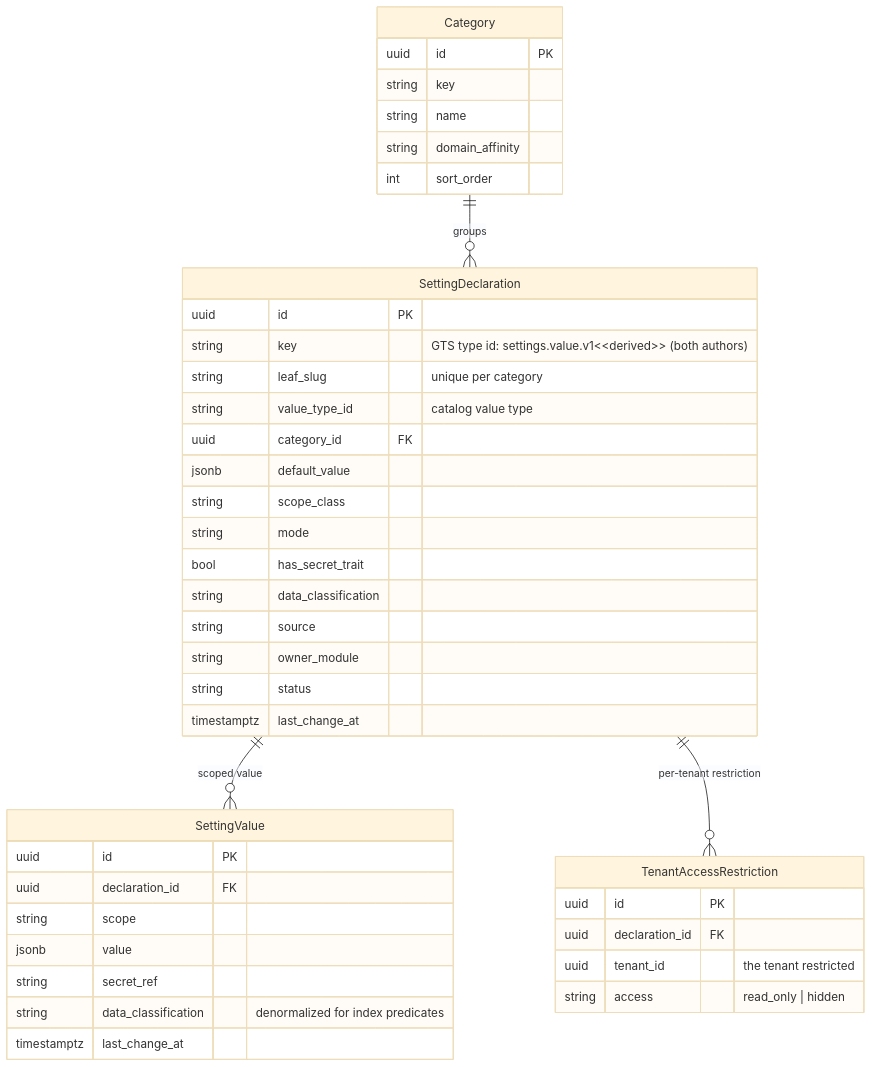
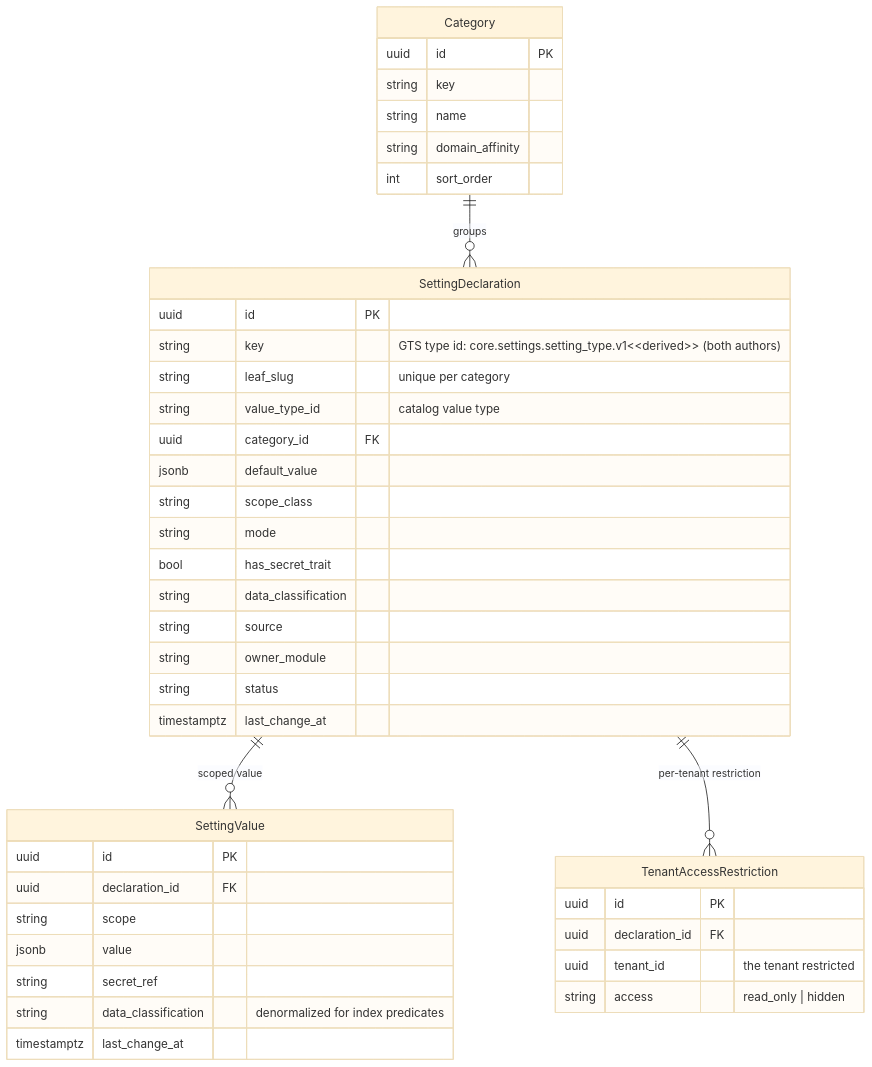
Before and after one commit to constructorfabric/gears-rust: the third of 7 diagrams in gears/settings-service/docs/DESIGN.md, drawn with Mermaid (base theme). The commit also changed other lines of this file and 1 other file, not shown here.

Commit message:
docs(settings-service): assign GTS types to gear namespace

````diff
--- a/gears/settings-service/docs/DESIGN.md
+++ b/gears/settings-service/docs/DESIGN.md
@@ -644,45 +643,45 @@
 ```mermaid
 erDiagram
  Category ||--o{ SettingDeclaration : "groups"
  SettingDeclaration ||--o{ SettingValue : "scoped value"
  SettingDeclaration ||--o{ TenantAccessRestriction : "per-tenant restriction"
 
  Category {
  uuid id PK
  string key
  string name
  string domain_affinity
  int sort_order
  }
  SettingDeclaration {
  uuid id PK
- string key "GTS type id: settings.value.v1~<derived>~ (both authors)"
+ string key "GTS type id: core.settings.setting_type.v1~<derived>~ (both authors)"
  string leaf_slug "unique per category"
  string value_type_id "catalog value type"
  uuid category_id FK
  jsonb default_value
  string scope_class
  string mode
  bool has_secret_trait
  string data_classification
  string source
  string owner_module
  string status
  timestamptz last_change_at
  }
  SettingValue {
  uuid id PK
  uuid declaration_id FK
  string scope
  jsonb value
  string secret_ref
  string data_classification "denormalized for index predicates"
  timestamptz last_change_at
  }
  TenantAccessRestriction {
  uuid id PK
  uuid declaration_id FK
  uuid tenant_id "the tenant restricted"
  string access "read_only | hidden"
  }
 ```
````
